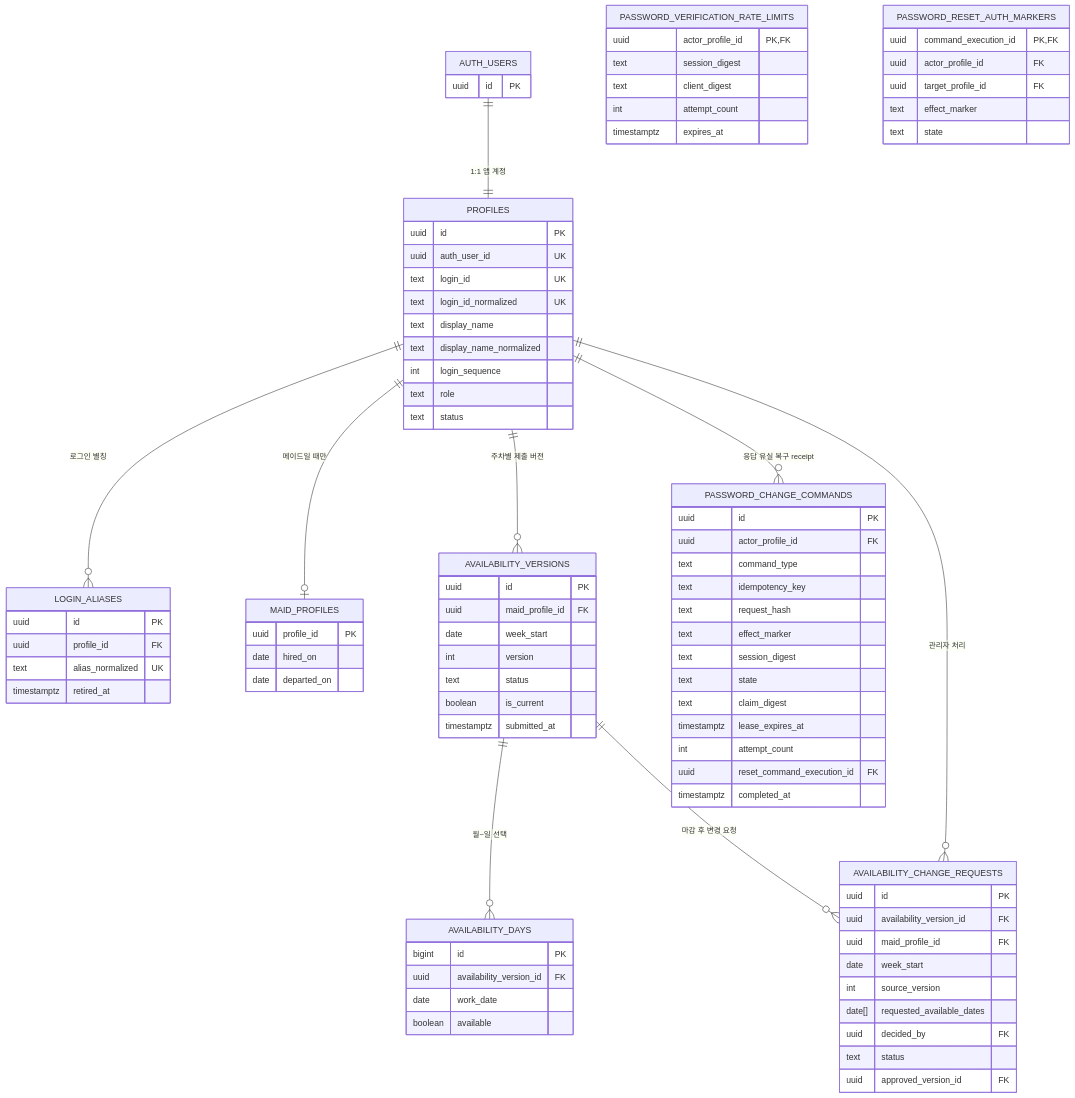
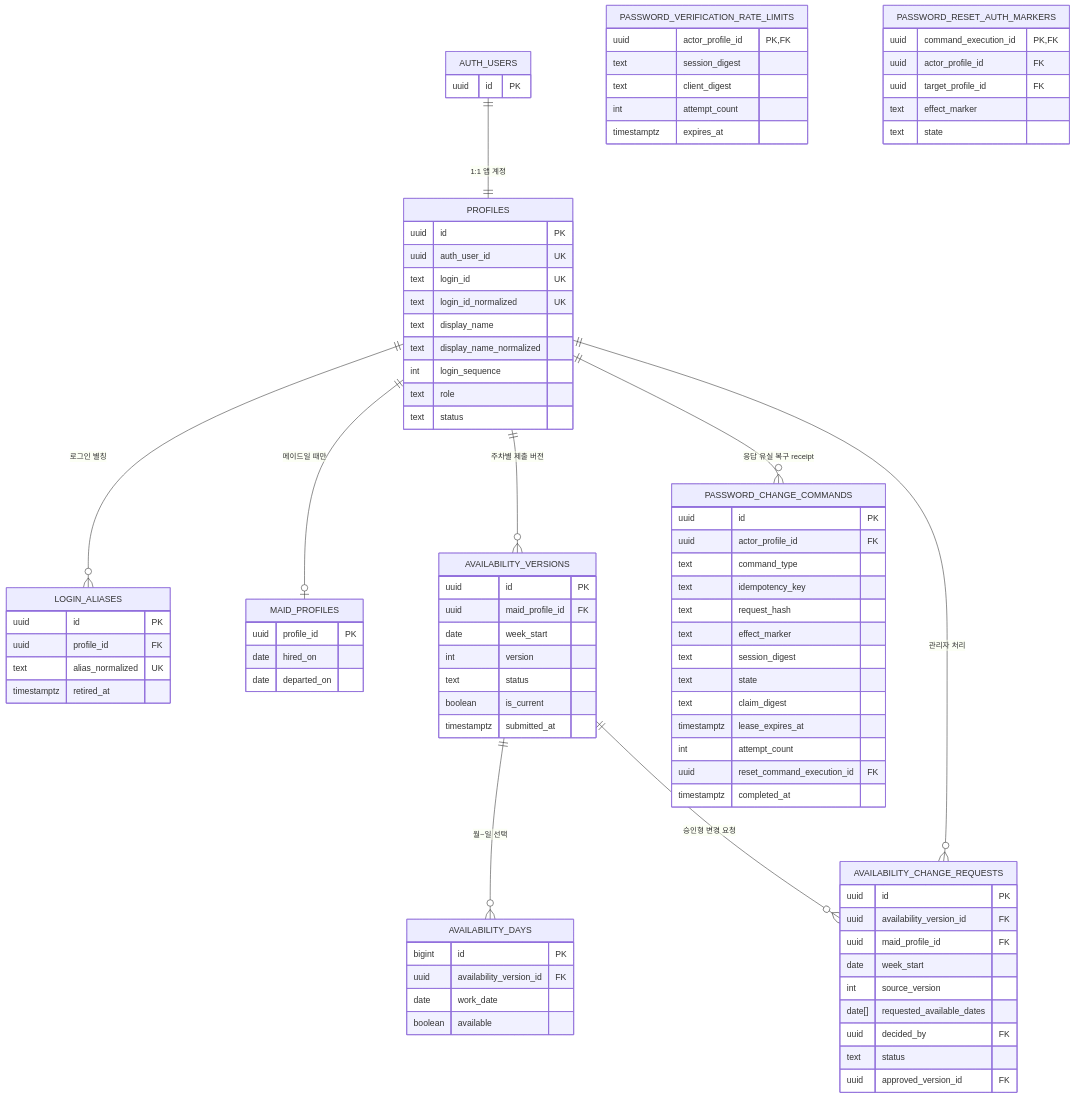
Before and after one commit to wrongstory/room-management-system-backend: the second of 13 diagrams in docs/ERD.md, drawn with Mermaid. The commit also changed other lines of this file and 110 other files, not shown here.

```diff
--- a/docs/ERD.md
+++ b/docs/ERD.md
@@ -40,7 +40,7 @@
   PROFILES ||--o| MAID_PROFILES : "메이드일 때만"
   PROFILES ||--o{ AVAILABILITY_VERSIONS : "주차별 제출 버전"
   AVAILABILITY_VERSIONS ||--o{ AVAILABILITY_DAYS : "월~일 선택"
-  AVAILABILITY_VERSIONS ||--o{ AVAILABILITY_CHANGE_REQUESTS : "마감 후 변경 요청"
+  AVAILABILITY_VERSIONS ||--o{ AVAILABILITY_CHANGE_REQUESTS : "승인형 변경 요청"
   PROFILES ||--o{ AVAILABILITY_CHANGE_REQUESTS : "관리자 처리"
   PROFILES ||--o{ PASSWORD_CHANGE_COMMANDS : "응답 유실 복구 receipt"
 
```
